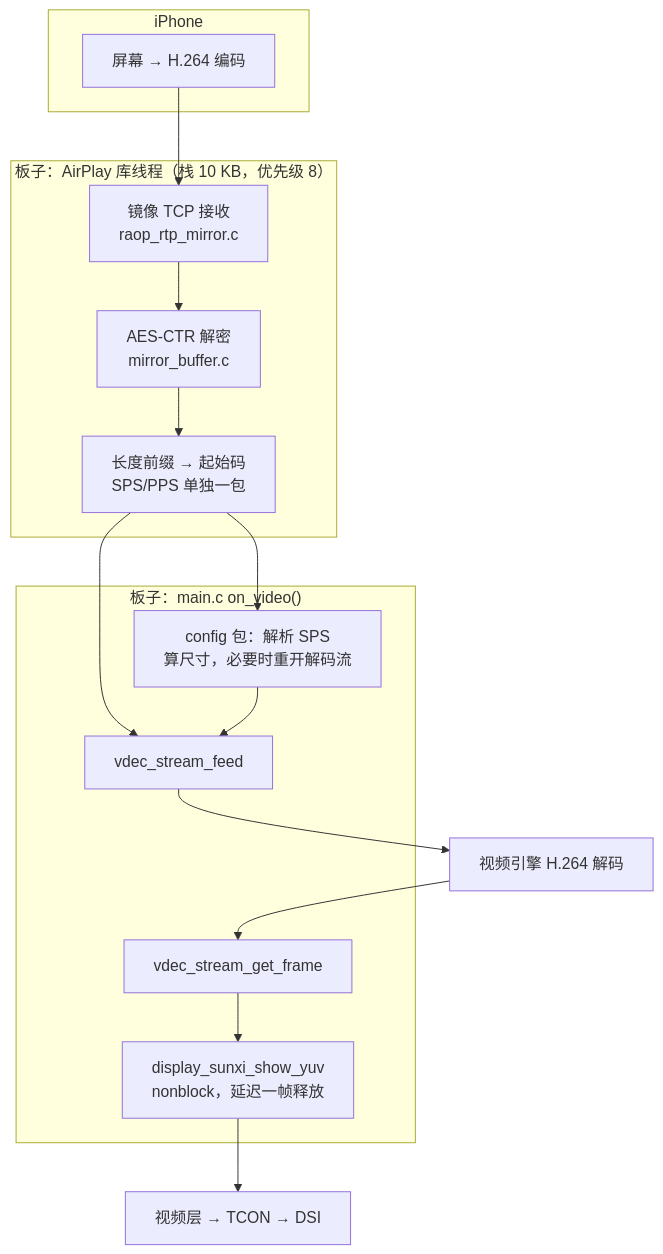
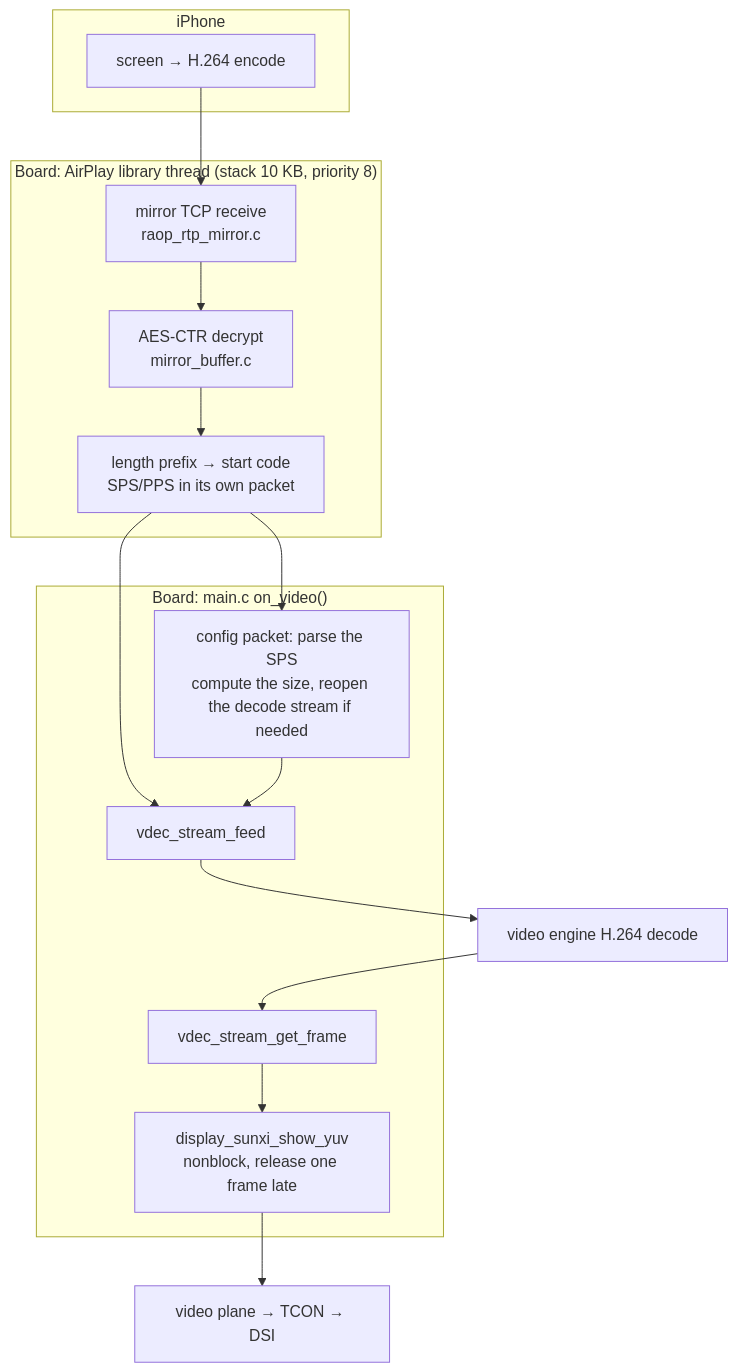
The third of 3 diagrams in docs/src/content/docs/dev/zephyr/apps/ios-mirror.md (YuzukiHD/YuzukiNeko), drawn with Mermaid before and after one commit. The commit also changed other lines of this file and 216 other files, not shown here.

````diff
--- a/docs/src/content/docs/dev/zephyr/apps/ios-mirror.md
+++ b/docs/src/content/docs/dev/zephyr/apps/ios-mirror.md
@@ -218,21 +218,21 @@
 ```mermaid
 flowchart TB
     subgraph PH["iPhone"]
-        ENC["屏幕 → H.264 编码"]
+        ENC["screen → H.264 encode"]
     end
-    subgraph SW["板子：AirPlay 库线程（栈 10 KB，优先级 8）"]
-        RX["镜像 TCP 接收<br/>raop_rtp_mirror.c"]
-        DEC["AES-CTR 解密<br/>mirror_buffer.c"]
-        CONV["长度前缀 → 起始码<br/>SPS/PPS 单独一包"]
+    subgraph SW["Board: AirPlay library thread (stack 10 KB, priority 8)"]
+        RX["mirror TCP receive<br/>raop_rtp_mirror.c"]
+        DEC["AES-CTR decrypt<br/>mirror_buffer.c"]
+        CONV["length prefix → start code<br/>SPS/PPS in its own packet"]
     end
-    subgraph AP["板子：main.c on_video()"]
-        SPS["config 包：解析 SPS<br/>算尺寸，必要时重开解码流"]
+    subgraph AP["Board: main.c on_video()"]
+        SPS["config packet: parse the SPS<br/>compute the size, reopen the decode stream if needed"]
         FEED["vdec_stream_feed"]
         DRAIN["vdec_stream_get_frame"]
-        SHOW["display_sunxi_show_yuv<br/>nonblock，延迟一帧释放"]
+        SHOW["display_sunxi_show_yuv<br/>nonblock, release one frame late"]
     end
     ENC --> RX --> DEC --> CONV --> FEED
     CONV --> SPS --> FEED
-    FEED --> VE["视频引擎 H.264 解码"]
-    VE --> DRAIN --> SHOW --> LCD["视频层 → TCON → DSI"]
+    FEED --> VE["video engine H.264 decode"]
+    VE --> DRAIN --> SHOW --> LCD["video plane → TCON → DSI"]
 ```
````
